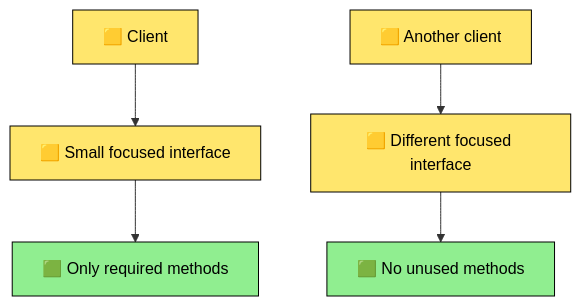
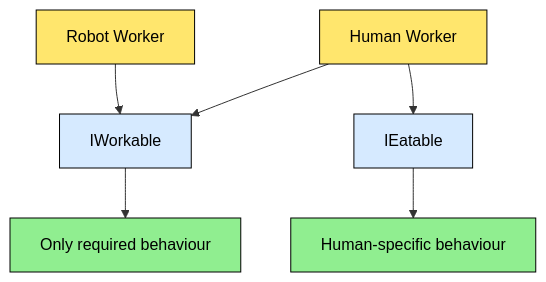
One commit to azam123/Engineering-Interview-Prep changed the fifth of 8 diagrams in 02-SOLID-Principles.md. Above: the diagram before and after it, drawn with Mermaid. The commit also changed other lines of this file, not shown here.

Commit message:
Rewrite SOLID guide with definitions, simple explanations, examples, diagrams, and scenario-based answers

````diff
--- a/02-SOLID-Principles.md
+++ b/02-SOLID-Principles.md
@@ -238,13 +299,14 @@
 ```mermaid
 flowchart TD
-    A[🟨 Client] --> B[🟨 Small focused interface]
-    B --> C[🟩 Only required methods]
-    D[🟨 Another client] --> E[🟨 Different focused interface]
-    E --> F[🟩 No unused methods]
+    A[Human Worker] --> B[IWorkable]
+    A --> C[IEatable]
+    D[Robot Worker] --> B
+    B --> E[Only required behaviour]
+    C --> F[Human-specific behaviour]
     style A fill:#ffe66d,color:#000,stroke:#000
-    style B fill:#ffe66d,color:#000,stroke:#000
-    style C fill:#90ee90,color:#000,stroke:#000
     style D fill:#ffe66d,color:#000,stroke:#000
-    style E fill:#ffe66d,color:#000,stroke:#000
+    style B fill:#d6eaff,color:#000,stroke:#000
+    style C fill:#d6eaff,color:#000,stroke:#000
+    style E fill:#90ee90,color:#000,stroke:#000
     style F fill:#90ee90,color:#000,stroke:#000
 ```
````
